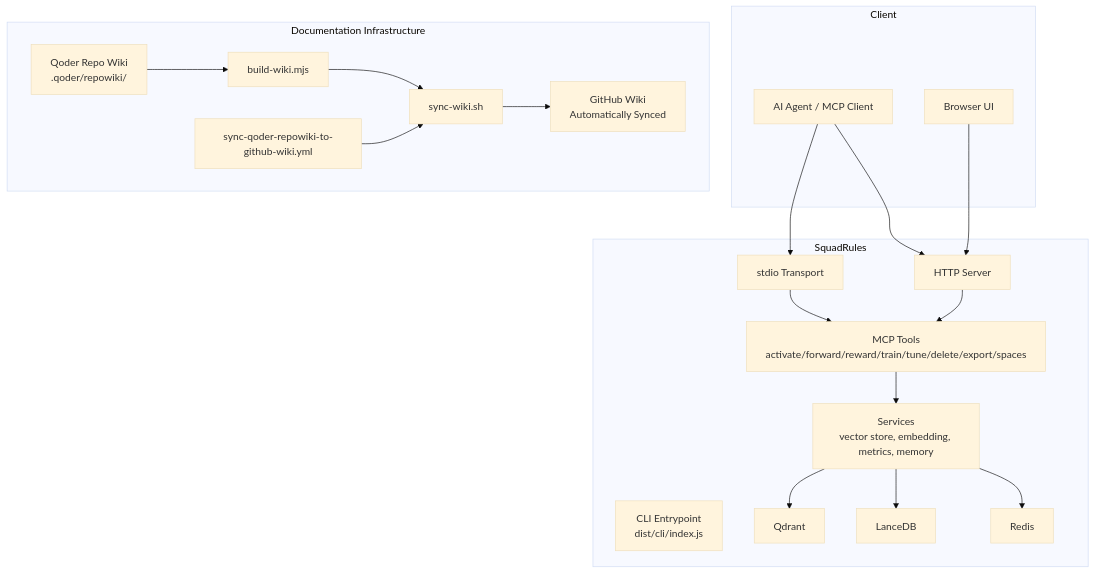
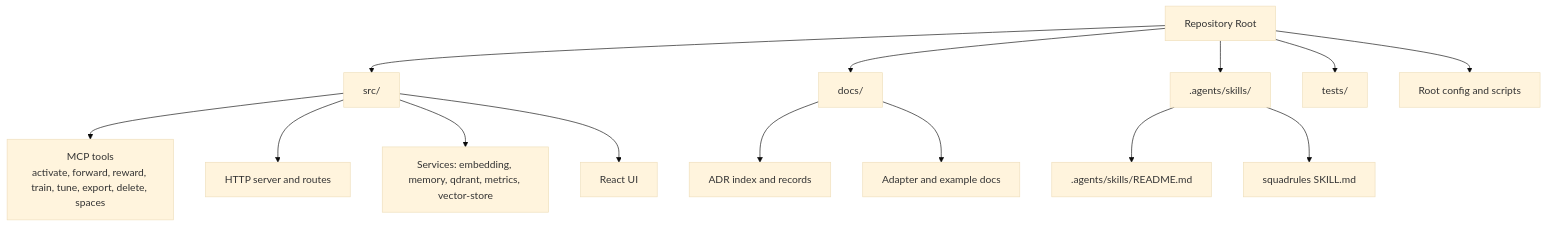
Before and after one commit to SquadRules/mcp: the first of 6 diagrams in .qoder/repowiki/en/content/Development Guide.md, drawn with Mermaid (base theme). The commit also changed other lines of this file and 553 other files, not shown here.

First line of the commit message:
docs: publish recovered Qoder wiki baseline for main (#247)

````diff
--- a/.qoder/repowiki/en/content/Development Guide.md
+++ b/.qoder/repowiki/en/content/Development Guide.md
@@ -106,37 +56,22 @@
 ```mermaid
 graph TB
-subgraph "Client"
-Agent["AI Agent / MCP Client"]
-Browser["Browser UI"]
-end
-subgraph "SquadRules"
-CLI["CLI Entrypoint<br/>dist/cli/index.js"]
-Stdio["stdio Transport"]
-Http["HTTP Server"]
-Tools["MCP Tools<br/>activate/forward/reward/train/tune/delete/export/spaces"]
-Services["Services<br/>vector store, embedding, metrics, memory"]
-StoreQ["Qdrant"]
-StoreL["LanceDB"]
-Cache["Redis"]
-end
-subgraph "Documentation Infrastructure"
-Qoder["Qoder Repo Wiki<br/>.qoder/repowiki/"]
-Builder["build-wiki.mjs"]
-Syncer["sync-wiki.sh"]
-Workflow["sync-qoder-repowiki-to-github-wiki.yml"]
-GitHubWiki["GitHub Wiki<br/>Automatically Synced"]
-end
-Agent --> Stdio
-Agent --> Http
-Browser --> Http
-Http --> Tools
-Stdio --> Tools
-Tools --> Services
-Services --> StoreQ
-Services --> StoreL
-Services --> Cache
-Qoder --> Builder
-Builder --> Syncer
-Workflow --> Syncer
-Syncer --> GitHubWiki
+Repo["Repository Root"]
+Src["src/"]
+Docs["docs/"]
+Skills[".agents/skills/"]
+Tests["tests/"]
+Config["Root config and scripts"]
+Repo --> Src
+Repo --> Docs
+Repo --> Skills
+Repo --> Tests
+Repo --> Config
+Src --> Tools["MCP tools<br/>activate, forward, reward, train, tune, export, delete, spaces"]
+Src --> Http["HTTP server and routes"]
+Src --> Services["Services: embedding, memory, qdrant, metrics, vector-store"]
+Src --> Ui["React UI"]
+Docs --> ADRs["ADR index and records"]
+Docs --> Examples["Adapter and example docs"]
+Skills --> SkillIndex[".agents/skills/README.md"]
+Skills --> SquadrulesSkill["squadrules SKILL.md"]
 ```
````
